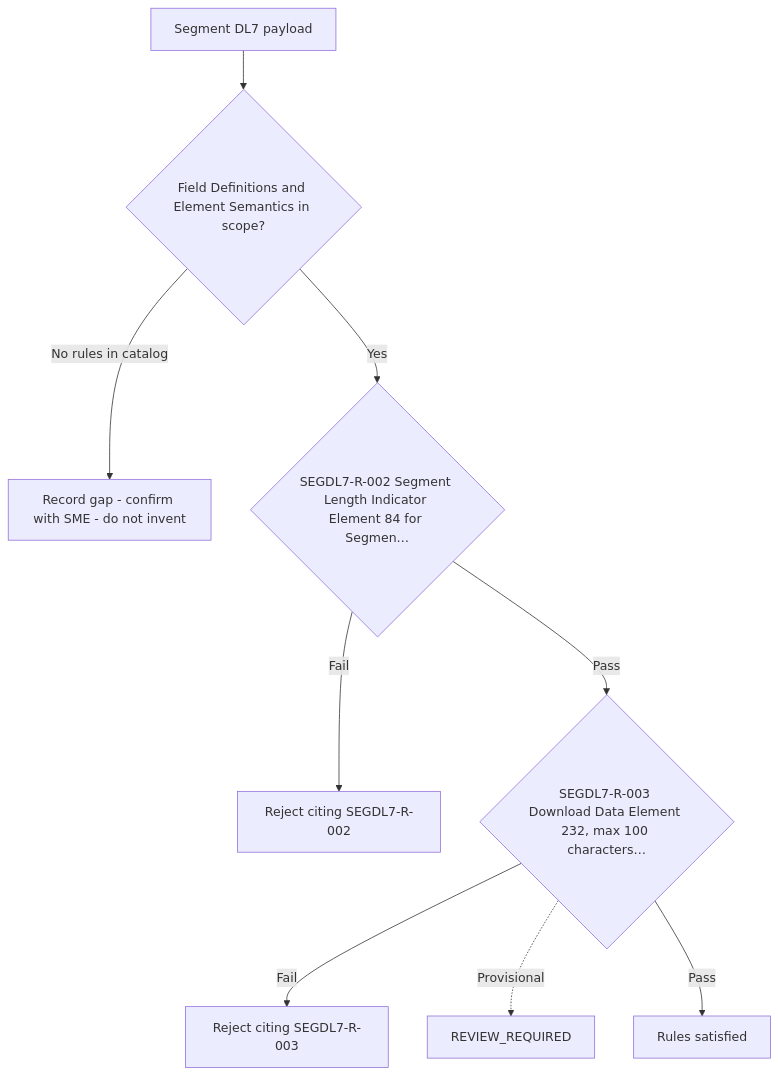
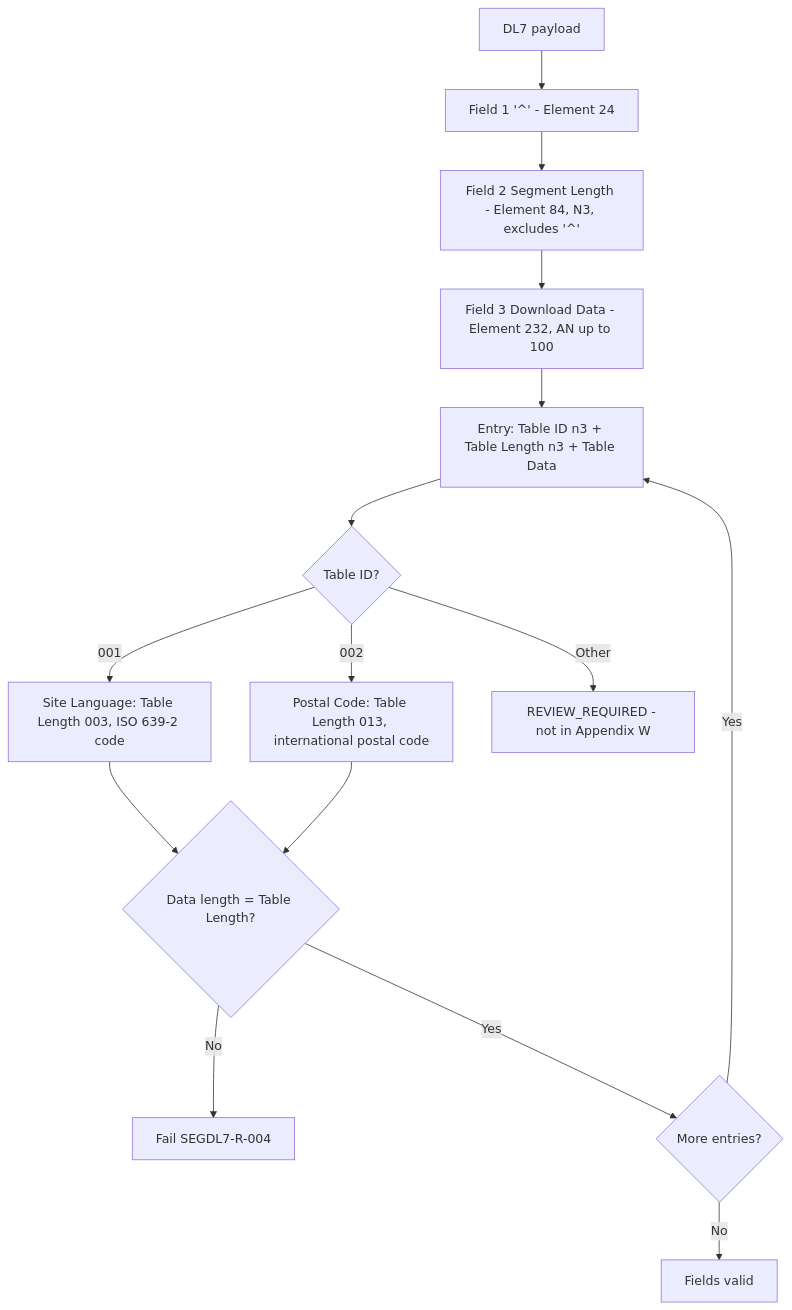
Before and after one commit to DhanSingh-hub/core-auth-ai-validation-framework: the diagram in regression-artifact-validator/specifications/ATL105/docs/specs/kb/segment-DL7/field-definitions-flow.md, drawn with Mermaid. The commit also changed other lines of this file and 28 other files, not shown here.

First line of the commit message:
docs(segment-DL7): retrain KB module against Segment 100 and transcribe Appendix W

````diff
--- a/regression-artifact-validator/specifications/ATL105/docs/specs/kb/segment-DL7/field-definitions-flow.md
+++ b/regression-artifact-validator/specifications/ATL105/docs/specs/kb/segment-DL7/field-definitions-flow.md
@@ -3,11 +3,17 @@
 ```mermaid
 flowchart TD
-    A[Segment DL7 payload] --> B{Field Definitions and Element Semantics in scope?}
-    B -->|No rules in catalog| G[Record gap - confirm with SME - do not invent]
-    B -->|Yes| R1{SEGDL7-R-002 Segment Length Indicator Element 84 for Segmen…}
-    R1 -->|Fail| X1[Reject citing SEGDL7-R-002]
-    R1 -->|Pass| R2{SEGDL7-R-003 Download Data Element 232, max 100 characters…}
-    R2 -->|Fail| X2[Reject citing SEGDL7-R-003]
-    R2 -.->|Provisional| P2[REVIEW_REQUIRED]
-    R2 -->|Pass| Z[Rules satisfied]
+    A[DL7 payload] --> F1["Field 1 '^' - Element 24"]
+    F1 --> F2[Field 2 Segment Length - Element 84, N3, excludes '^']
+    F2 --> F3[Field 3 Download Data - Element 232, AN up to 100]
+    F3 --> E[Entry: Table ID n3 + Table Length n3 + Table Data]
+    E --> Q{Table ID?}
+    Q -->|001| L[Site Language: Table Length 003, ISO 639-2 code]
+    Q -->|002| P[Postal Code: Table Length 013, international postal code]
+    Q -->|Other| R1[REVIEW_REQUIRED - not in Appendix W]
+    L --> C{Data length = Table Length?}
+    P --> C
+    C -->|No| X4[Fail SEGDL7-R-004]
+    C -->|Yes| N{More entries?}
+    N -->|Yes| E
+    N -->|No| OK[Fields valid]
 ```
````
